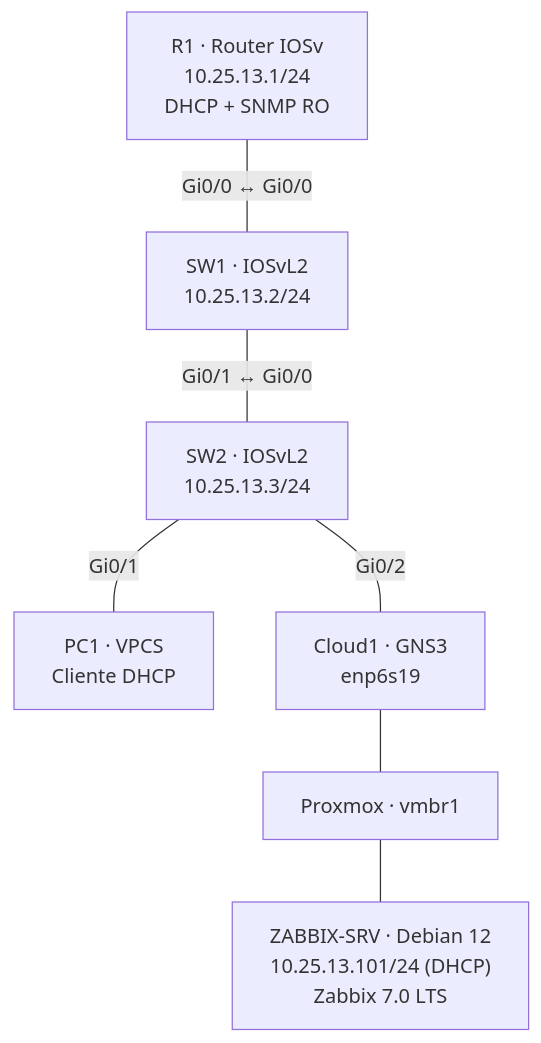
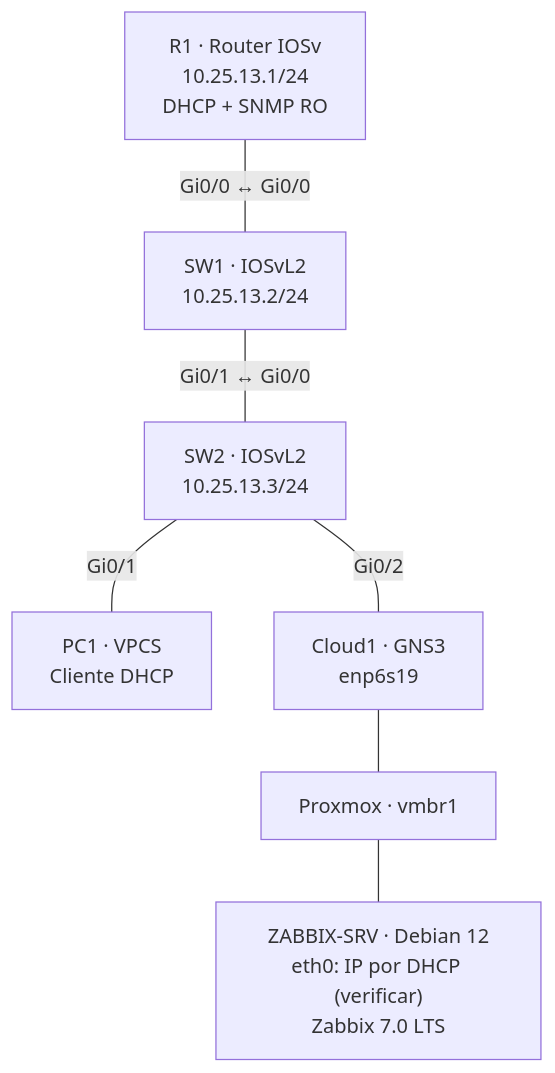
One commit to ElianSterling/ITLA-Network-Monitoring-Zabbix-SNMP changed the diagram in README.md. Above: the diagram before and after it, drawn with Mermaid. The commit also changed other lines of this file, not shown here.

Commit message:
docs: registrar nueva concesión DHCP de PC1 y verificación pendiente de IP

````diff
--- a/README.md
+++ b/README.md
@@ -52,16 +52,16 @@
 ```mermaid
 flowchart TB
   R1["R1 · Router IOSv<br/>10.25.13.1/24<br/>DHCP + SNMP RO"]
   SW1["SW1 · IOSvL2<br/>10.25.13.2/24"]
   SW2["SW2 · IOSvL2<br/>10.25.13.3/24"]
   PC1["PC1 · VPCS<br/>Cliente DHCP"]
   CLOUD["Cloud1 · GNS3<br/>enp6s19"]
   BRIDGE["Proxmox · vmbr1"]
-  ZBX["ZABBIX-SRV · Debian 12<br/>10.25.13.101/24 (DHCP)<br/>Zabbix 7.0 LTS"]
+  ZBX["ZABBIX-SRV · Debian 12<br/>eth0: IP por DHCP (verificar)<br/>Zabbix 7.0 LTS"]
   R1 ---|"Gi0/0 ↔ Gi0/0"| SW1
   SW1 ---|"Gi0/1 ↔ Gi0/0"| SW2
   SW2 ---|"Gi0/1"| PC1
   SW2 ---|"Gi0/2"| CLOUD
   CLOUD --- BRIDGE
   BRIDGE --- ZBX
 ```
````
